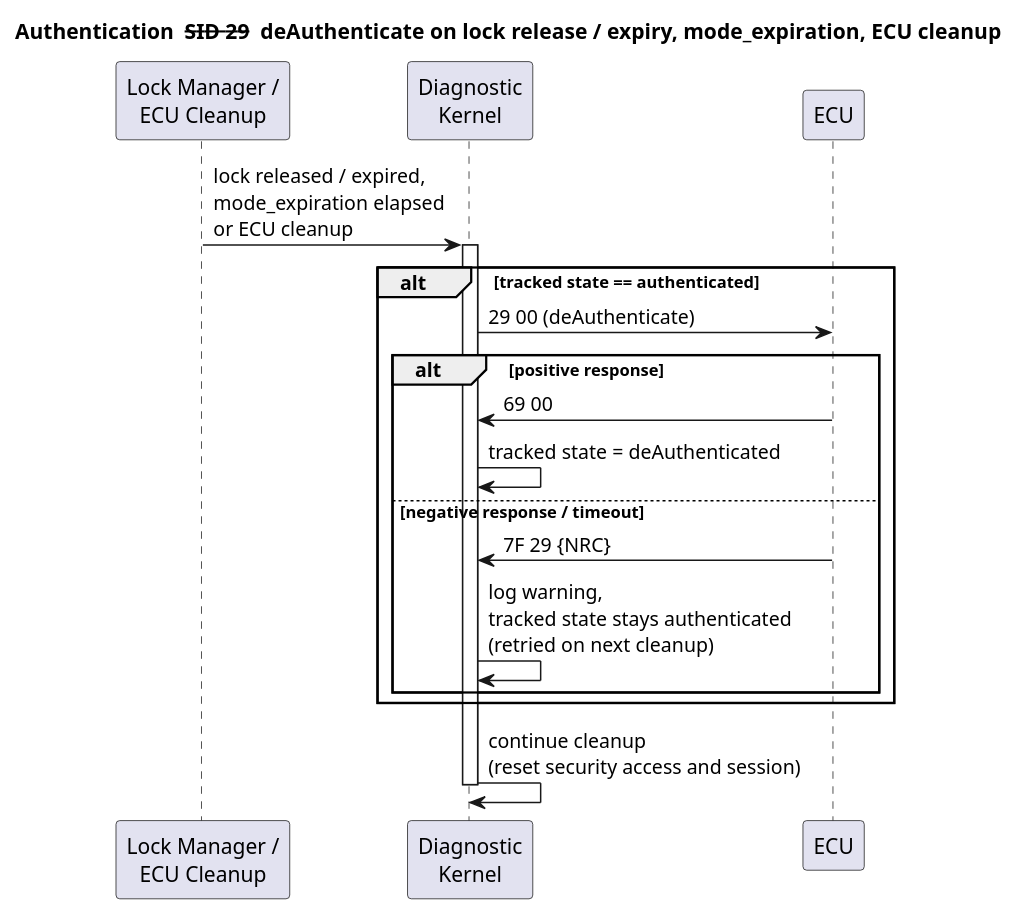
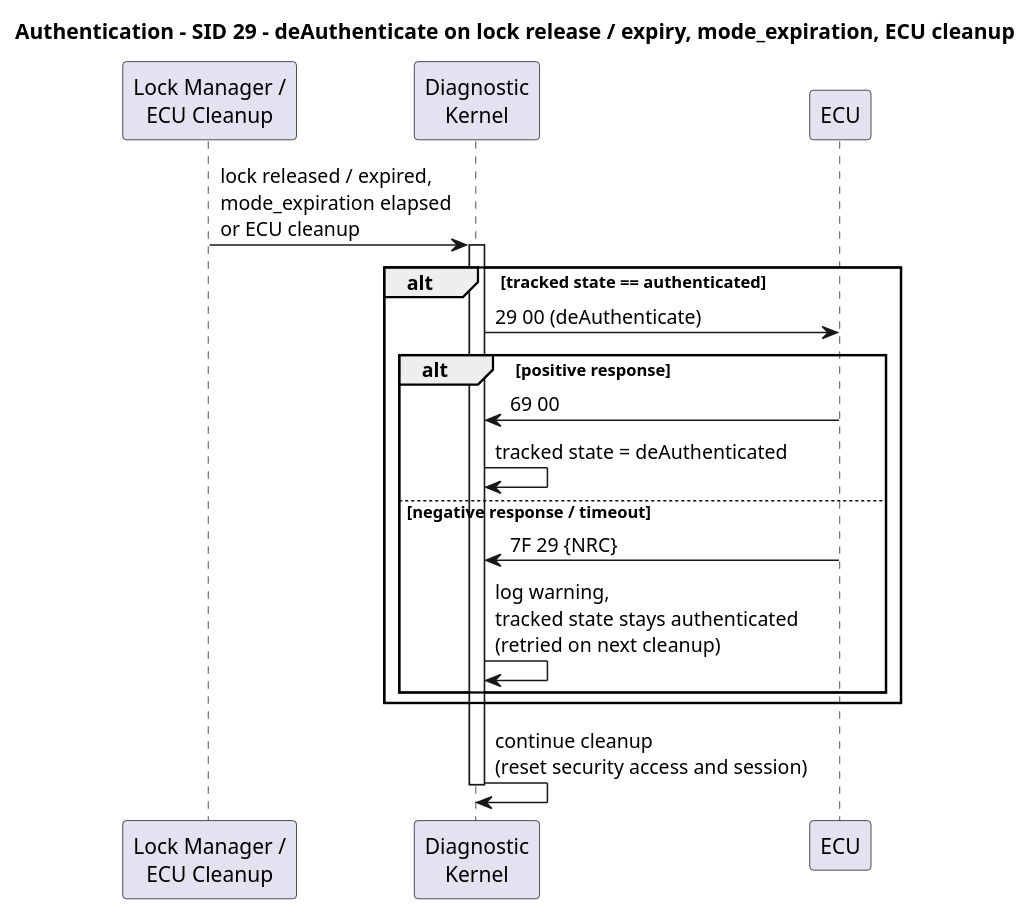
One commit to eclipse-opensovd/classic-diagnostic-adapter changed the diagram in docs/03_architecture/02_sovd-api/images/authentication_cleanup.puml. Above: the diagram before and after it, drawn with PlantUML. The commit also changed 5 other files, not shown here.

```diff
--- a/docs/03_architecture/02_sovd-api/images/authentication_cleanup.puml
+++ b/docs/03_architecture/02_sovd-api/images/authentication_cleanup.puml
@@ -13,25 +13,25 @@
 @startuml
-title Authentication -- SID 29 -- deAuthenticate on lock release / expiry, mode_expiration, ECU cleanup
+title Authentication - SID 29 - deAuthenticate on lock release / expiry, mode_expiration, ECU cleanup
 
 participant "Lock Manager /\nECU Cleanup" as TRIGGER
 participant "Diagnostic\nKernel" as DIAG
 participant ECU
 
 TRIGGER -> DIAG : lock released / expired,\nmode_expiration elapsed\nor ECU cleanup
 activate DIAG
 
 alt tracked state == authenticated
   DIAG -> ECU : 29 00 (deAuthenticate)
   alt positive response
     ECU -> DIAG : 69 00
     DIAG -> DIAG : tracked state = deAuthenticated
   else negative response / timeout
     ECU -> DIAG : 7F 29 {NRC}
     DIAG -> DIAG : log warning,\ntracked state stays authenticated\n(retried on next cleanup)
   end
 end
 
 DIAG -> DIAG : continue cleanup\n(reset security access and session)
 deactivate DIAG
 
 @enduml
```
